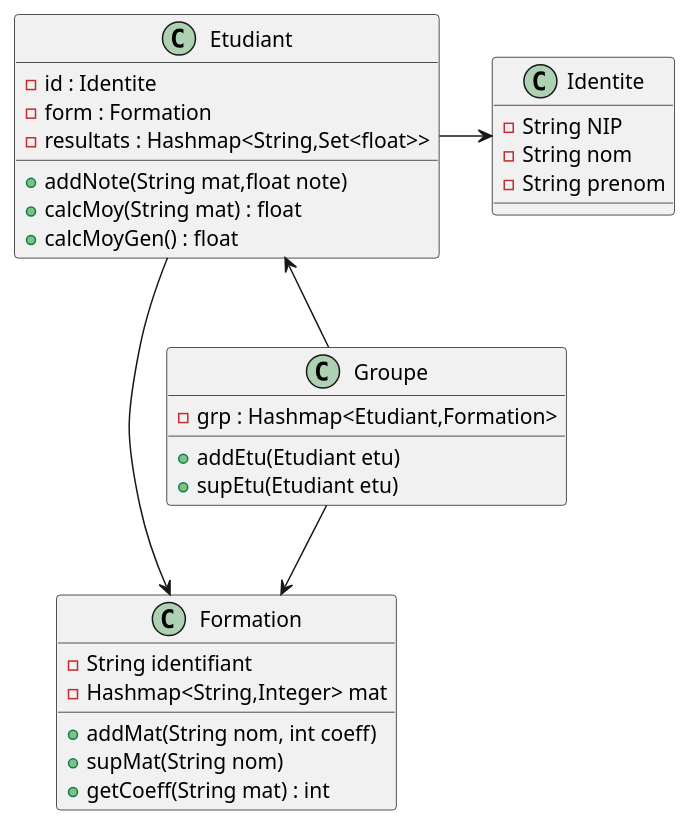
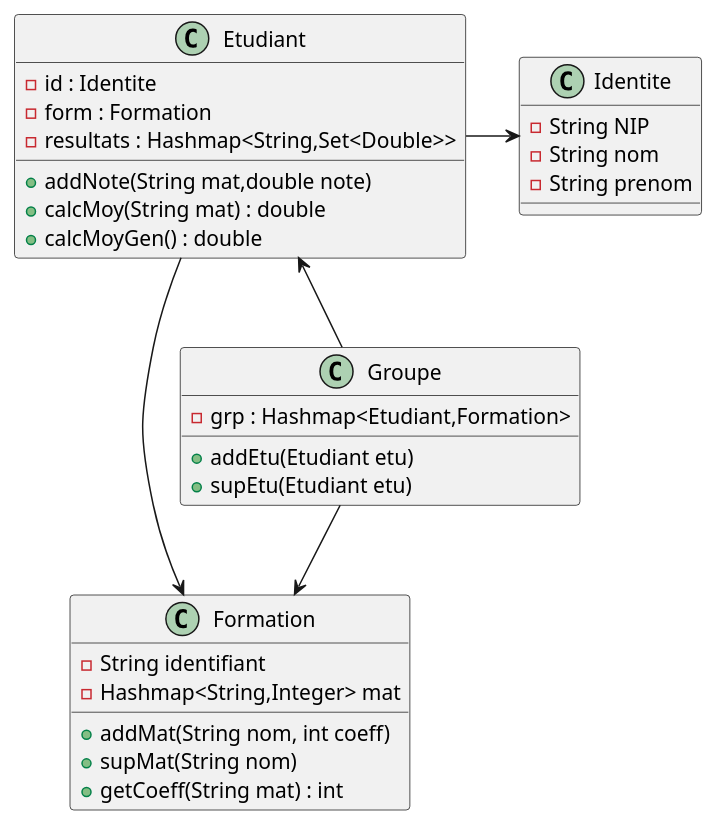
Before and after one commit to LimHounTchenAime/Demarque_LimHounTchen_S3B_Exo3: the diagram in src/DiagClasses.puml, drawn with PlantUML. The commit also changed 2 other files, not shown here.

```diff
--- a/src/DiagClasses.puml
+++ b/src/DiagClasses.puml
@@ -1,39 +1,39 @@
 @startuml
 'https://plantuml.com/class-diagram
 
 class Etudiant{
     - id : Identite
     - form : Formation
-    - resultats : Hashmap<String,Set<float>>
-    + addNote(String mat,float note)
-    + calcMoy(String mat) : float
-    + calcMoyGen() : float
+    - resultats : Hashmap<String,Set<Double>>
+    + addNote(String mat,double note)
+    + calcMoy(String mat) : double
+    + calcMoyGen() : double
 }
 
 class Identite{
     - String NIP
     - String nom
     - String prenom
 }
 
 class Formation{
     - String identifiant
     - Hashmap<String,Integer> mat
     + addMat(String nom, int coeff)
     + supMat(String nom)
     + getCoeff(String mat) : int
 }
 
 class Groupe{
     - grp : Hashmap<Etudiant,Formation>
     + addEtu(Etudiant etu)
     + supEtu(Etudiant etu)
 }
 
 Groupe -up-> Etudiant
 Groupe -down-> Formation
 Etudiant -> Formation
 Etudiant -> Identite
 
 
 @enduml
```
